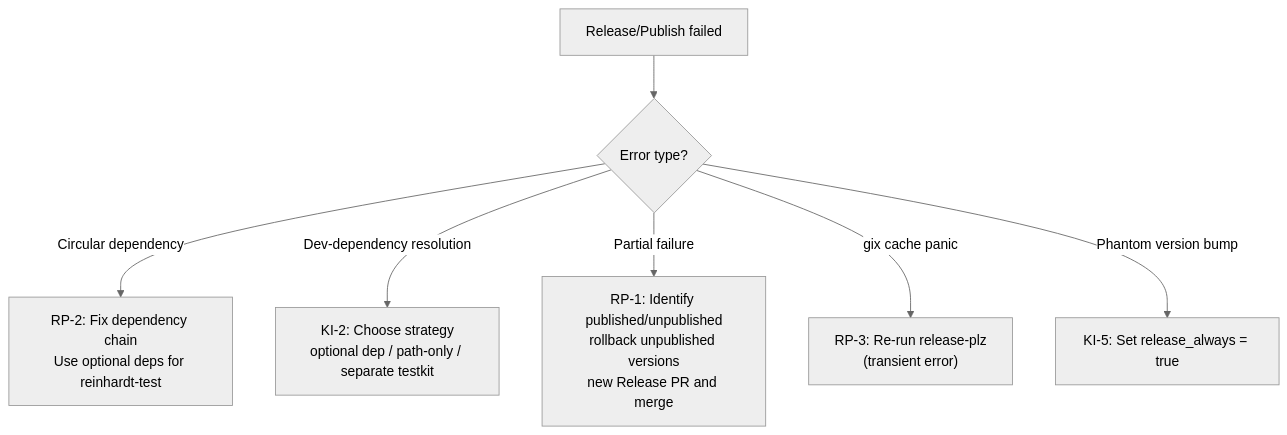
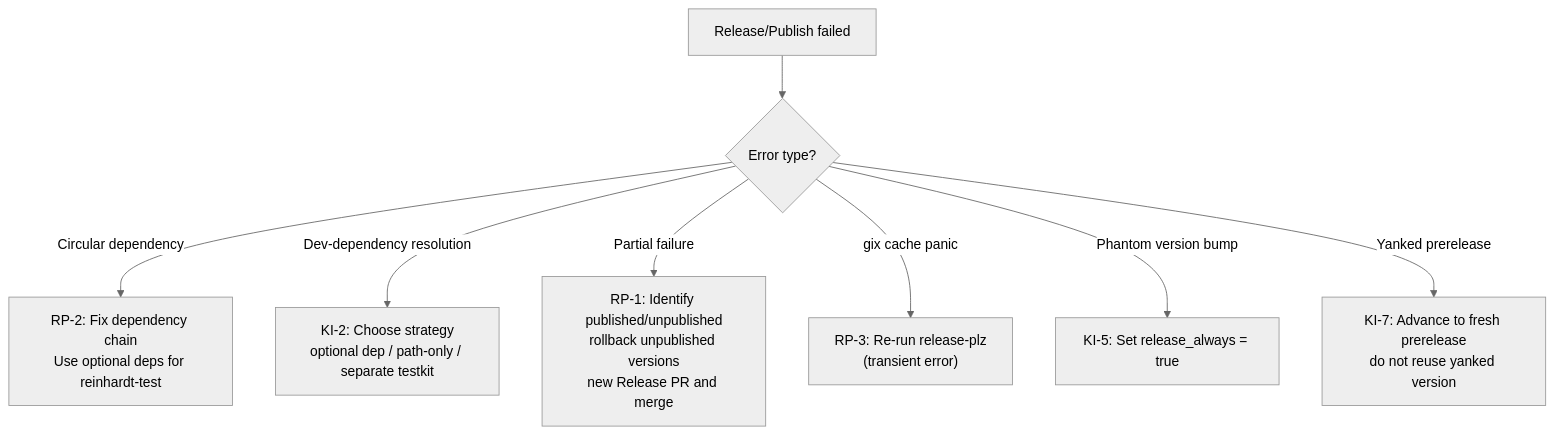
The third of 3 diagrams in instructions/RELEASE_PROCESS.md (kent8192/reinhardt-web), drawn with Mermaid (neutral theme) before and after one commit. The commit also changed other lines of this file and 216 other files, not shown here.

````diff
--- a/instructions/RELEASE_PROCESS.md
+++ b/instructions/RELEASE_PROCESS.md
@@ -426,9 +426,10 @@
 ```mermaid
 flowchart TD
     A[Release/Publish failed] --> B{Error type?}
     B -->|Circular dependency| C["RP-2: Fix dependency chain<br/>Use optional deps for reinhardt-test"]
     B -->|Dev-dependency resolution| D["KI-2: Choose strategy<br/>optional dep / path-only / separate testkit"]
     B -->|Partial failure| E["RP-1: Identify published/unpublished<br/>rollback unpublished versions<br/>new Release PR and merge"]
     B -->|gix cache panic| F["RP-3: Re-run release-plz<br/>(transient error)"]
     B -->|Phantom version bump| G["KI-5: Set release_always = true"]
+    B -->|Yanked prerelease| H["KI-7: Advance to fresh prerelease<br/>do not reuse yanked version"]
 ```
````
